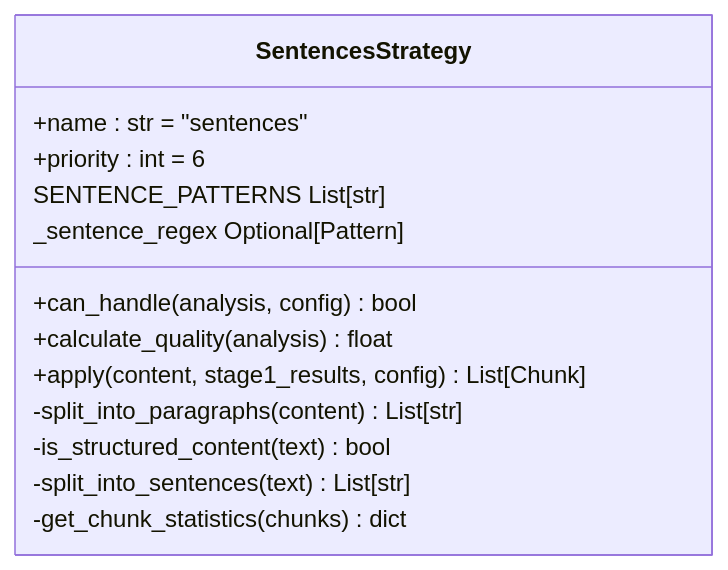
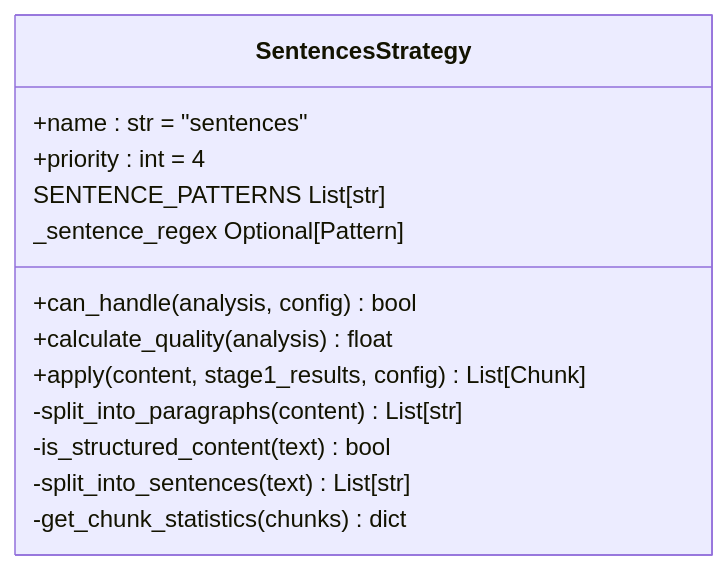
The fourth of 5 diagrams in .qoder/repowiki/en/content/Chunking Strategies/Chunking Strategies.md (asukhodko/dify-markdown-chunker), drawn with Mermaid before and after one commit. The commit also changed other lines of this file and 6 other files, not shown here.

First line of the commit message:
docs(architecture): add detailed architecture audit and redesign documentation

````diff
--- a/.qoder/repowiki/en/content/Chunking Strategies/Chunking Strategies.md
+++ b/.qoder/repowiki/en/content/Chunking Strategies/Chunking Strategies.md
@@ -392,16 +255,16 @@
 ```mermaid
 classDiagram
 class SentencesStrategy {
 +name : str = "sentences"
-+priority : int = 6
++priority : int = 4
 +can_handle(analysis, config) bool
 +calculate_quality(analysis) float
 +apply(content, stage1_results, config) List[Chunk]
 -split_into_paragraphs(content) List[str]
 -is_structured_content(text) bool
 -split_into_sentences(text) List[str]
 -get_chunk_statistics(chunks) dict
 }
 SentencesStrategy : SENTENCE_PATTERNS List[str]
 SentencesStrategy : _sentence_regex Optional[Pattern]
 ```
````
